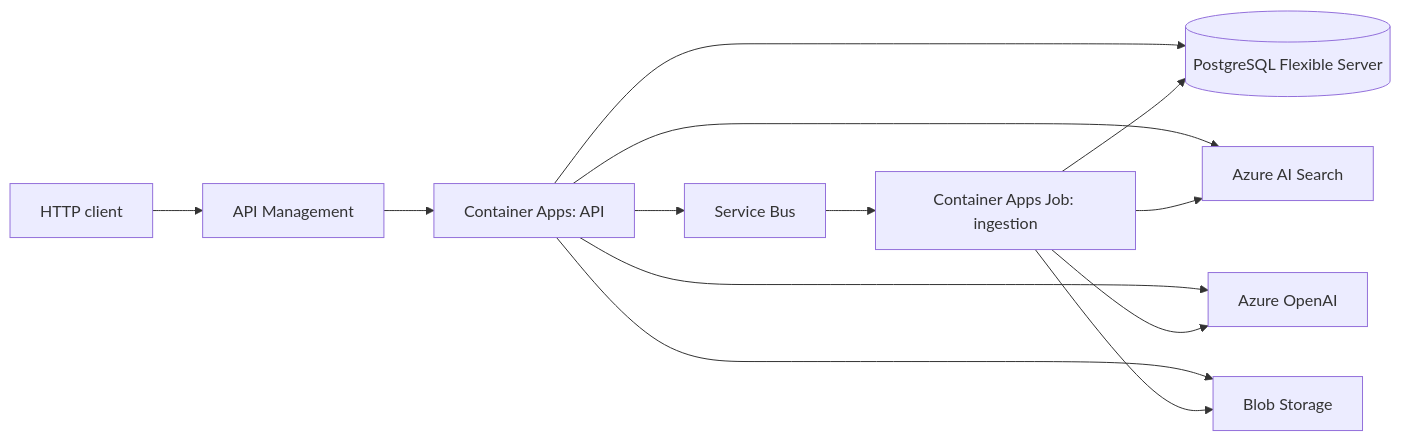
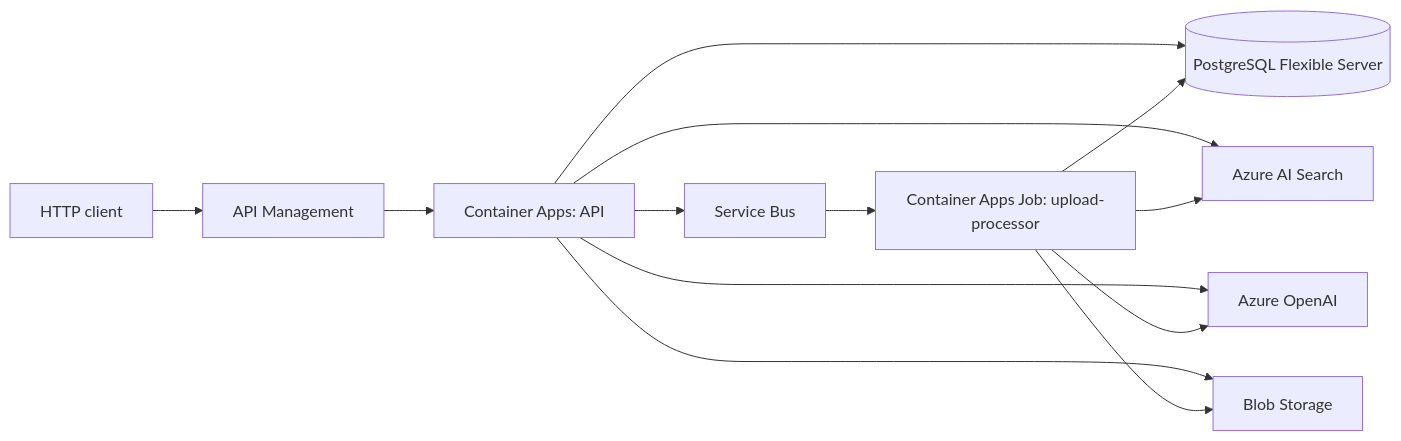
The diagram in deployment/cloud/README.md (fazakaserik/audit-ai), drawn with Mermaid before and after one commit. The commit also changed other lines of this file and 67 other files, not shown here.

````diff
--- a/deployment/cloud/README.md
+++ b/deployment/cloud/README.md
@@ -34,15 +35,15 @@
 ```mermaid
 flowchart LR
   client[HTTP client] --> apim[API Management]
   apim --> api[Container Apps: API]
   api --> pg[(PostgreSQL Flexible Server)]
   api --> search[Azure AI Search]
   api --> aoai[Azure OpenAI]
   api --> blob[Blob Storage]
   api --> bus[Service Bus]
-  bus --> worker[Container Apps Job: ingestion]
-  worker --> blob
-  worker --> aoai
-  worker --> search
-  worker --> pg
+  bus --> uploadProcessor[Container Apps Job: upload-processor]
+  uploadProcessor --> blob
+  uploadProcessor --> aoai
+  uploadProcessor --> search
+  uploadProcessor --> pg
 ```
````
